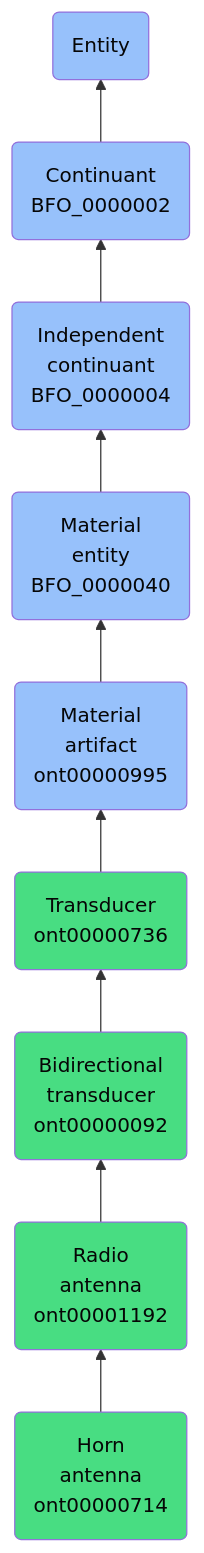
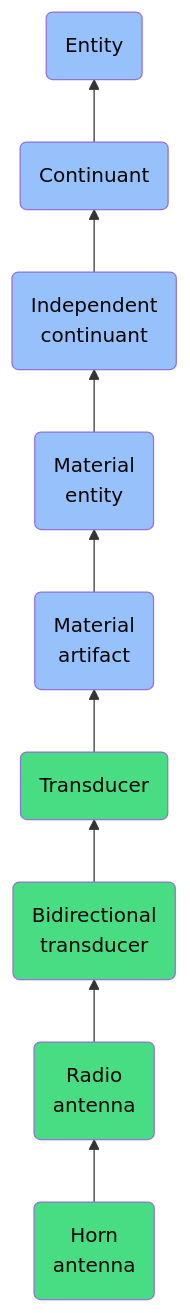
Before and after one commit to jupyter-naas/abi: the diagram in docs/ontology/reference/model/Entity/Continuant/Independent continuant/Material entity/Material artifact/Transducer/Bidirectional transducer/Radio antenna/Horn antenna/Horn antenna.md, drawn with Mermaid. The commit also changed other lines of this file and 1430 other files, not shown here.

````diff
--- a/docs/ontology/reference/model/Entity/Continuant/Independent continuant/Material entity/Material artifact/Transducer/Bidirectional transducer/Radio antenna/Horn antenna/Horn antenna.md
+++ b/docs/ontology/reference/model/Entity/Continuant/Independent continuant/Material entity/Material artifact/Transducer/Bidirectional transducer/Radio antenna/Horn antenna/Horn antenna.md
@@ -24,16 +24,16 @@
 ```mermaid
 graph BT
-    ont00000714(Horn<br>antenna<br>ont00000714):::ABI-->ont00001192
-    ont00001192(Radio<br>antenna<br>ont00001192):::ABI-->ont00000092
-    ont00000092(Bidirectional<br>transducer<br>ont00000092):::ABI-->ont00000736
-    ont00000736(Transducer<br>ont00000736):::ABI-->ont00000995
-    ont00000995(Material<br>artifact<br>ont00000995):::BFO-->BFO_0000040
-    BFO_0000040(Material<br>entity<br>BFO_0000040):::BFO-->BFO_0000004
-    BFO_0000004(Independent<br>continuant<br>BFO_0000004):::BFO-->BFO_0000002
-    BFO_0000002(Continuant<br>BFO_0000002):::BFO-->BFO_0000001
+    ont00000714(Horn<br>antenna):::ABI-->ont00001192
+    ont00001192(Radio<br>antenna):::ABI-->ont00000092
+    ont00000092(Bidirectional<br>transducer):::ABI-->ont00000736
+    ont00000736(Transducer):::ABI-->ont00000995
+    ont00000995(Material<br>artifact):::BFO-->BFO_0000040
+    BFO_0000040(Material<br>entity):::BFO-->BFO_0000004
+    BFO_0000004(Independent<br>continuant):::BFO-->BFO_0000002
+    BFO_0000002(Continuant):::BFO-->BFO_0000001
     BFO_0000001(Entity):::BFO
     
     classDef BFO fill:#97c1fb,color:#060606
     classDef CCO fill:#e4c51e,color:#060606
     classDef ABI fill:#48DD82,color:#060606
 ```
````
